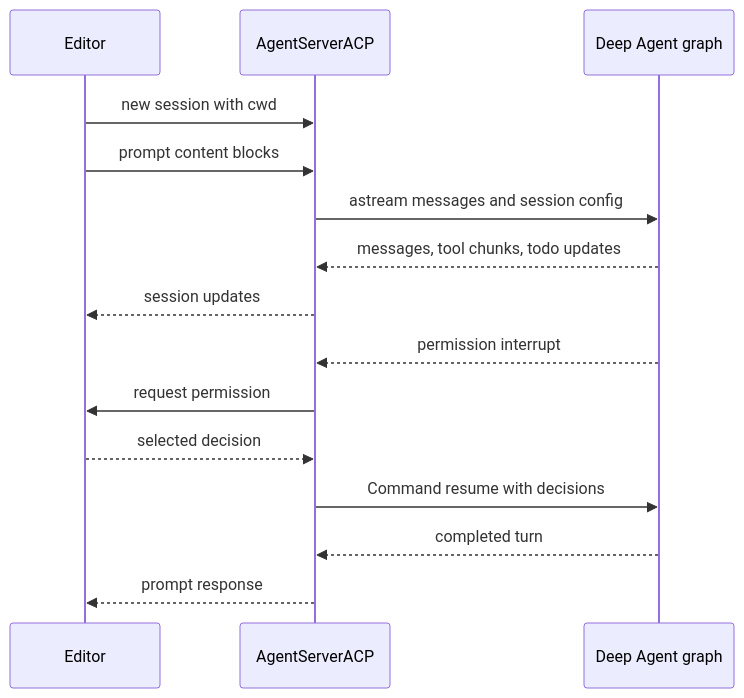
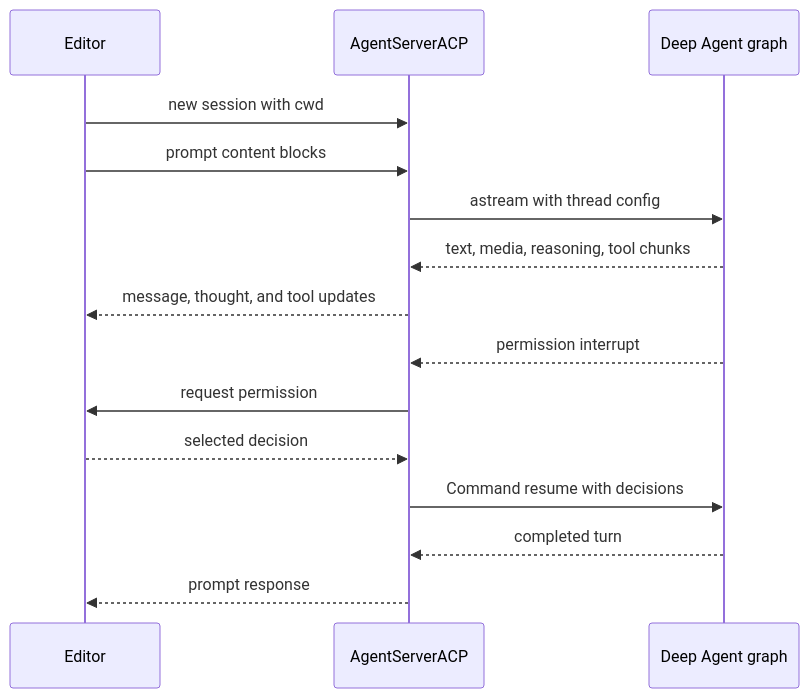
Before and after one commit to langchain-ai/deepagents: the diagram in openwiki/integrations/acp.md, drawn with Mermaid. The commit also changed other lines of this file and 31 other files, not shown here.

````diff
--- a/openwiki/integrations/acp.md
+++ b/openwiki/integrations/acp.md
@@ -113,17 +66,17 @@
 ```mermaid
 sequenceDiagram
     participant Editor
-    participant Bridge as AgentServerACP
+    participant Adapter as AgentServerACP
     participant Graph as Deep Agent graph
-    Editor->>Bridge: new session with cwd
-    Editor->>Bridge: prompt content blocks
-    Bridge->>Graph: astream messages and session config
-    Graph-->>Bridge: messages, tool chunks, todo updates
-    Bridge-->>Editor: session updates
-    Graph-->>Bridge: permission interrupt
-    Bridge->>Editor: request permission
-    Editor-->>Bridge: selected decision
-    Bridge->>Graph: Command resume with decisions
-    Graph-->>Bridge: completed turn
-    Bridge-->>Editor: prompt response
+    Editor->>Adapter: new session with cwd
+    Editor->>Adapter: prompt content blocks
+    Adapter->>Graph: astream with thread config
+    Graph-->>Adapter: text, media, reasoning, tool chunks
+    Adapter-->>Editor: message, thought, and tool updates
+    Graph-->>Adapter: permission interrupt
+    Adapter->>Editor: request permission
+    Editor-->>Adapter: selected decision
+    Adapter->>Graph: Command resume with decisions
+    Graph-->>Adapter: completed turn
+    Adapter-->>Editor: prompt response
 ```
````
